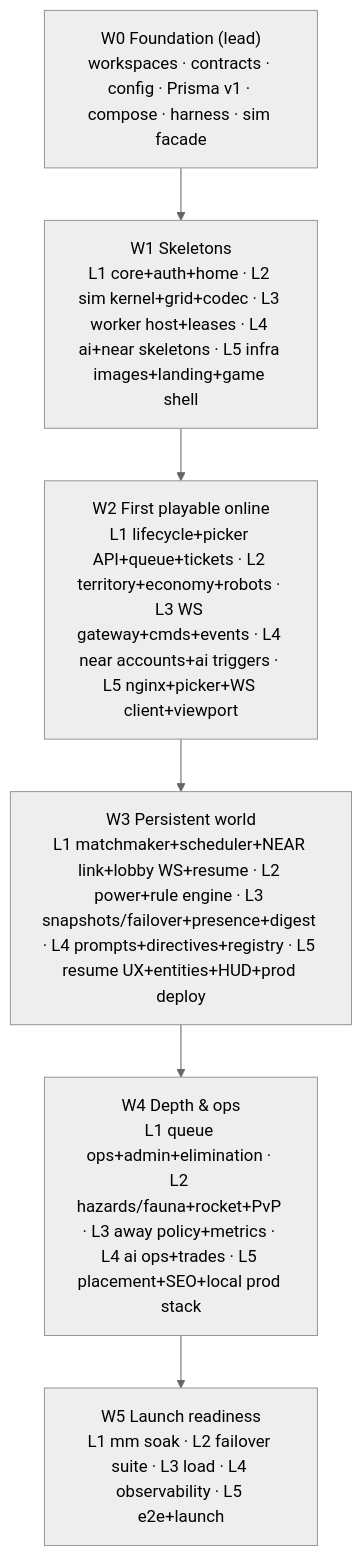
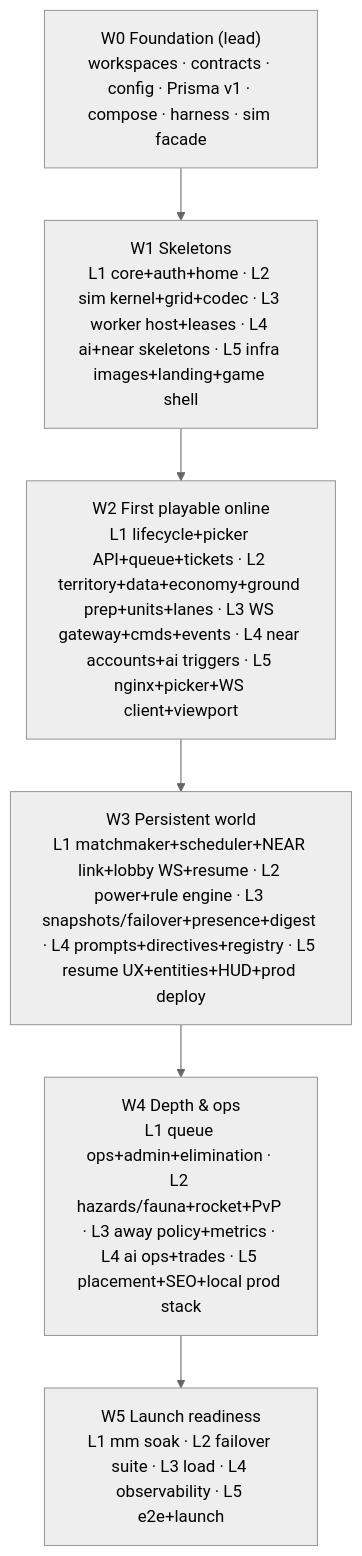
The diagram in docs/plan/EXECUTION_ORCHESTRATOR.md (recferret-bit/terraagent), drawn with Mermaid (neutral theme) before and after one commit. The commit also changed other lines of this file and 63 other files, not shown here.

````diff
--- a/docs/plan/EXECUTION_ORCHESTRATOR.md
+++ b/docs/plan/EXECUTION_ORCHESTRATOR.md
@@ -85,9 +96,9 @@
 ```mermaid
 flowchart TD
   W0["W0 Foundation (lead)<br/>workspaces · contracts · config · Prisma v1 · compose · harness · sim facade"] --> W1
   W1["W1 Skeletons<br/>L1 core+auth+home · L2 sim kernel+grid+codec · L3 worker host+leases · L4 ai+near skeletons · L5 infra images+landing+game shell"] --> W2
-  W2["W2 First playable online<br/>L1 lifecycle+picker API+queue+tickets · L2 territory+economy+robots · L3 WS gateway+cmds+events · L4 near accounts+ai triggers · L5 nginx+picker+WS client+viewport"] --> W3
+  W2["W2 First playable online<br/>L1 lifecycle+picker API+queue+tickets · L2 territory+data+economy+ground prep+units+lanes · L3 WS gateway+cmds+events · L4 near accounts+ai triggers · L5 nginx+picker+WS client+viewport"] --> W3
   W3["W3 Persistent world<br/>L1 matchmaker+scheduler+NEAR link+lobby WS+resume · L2 power+rule engine · L3 snapshots/failover+presence+digest · L4 prompts+directives+registry · L5 resume UX+entities+HUD+prod deploy"] --> W4
   W4["W4 Depth & ops<br/>L1 queue ops+admin+elimination · L2 hazards/fauna+rocket+PvP · L3 away policy+metrics · L4 ai ops+trades · L5 placement+SEO+local prod stack"] --> W5
   W5["W5 Launch readiness<br/>L1 mm soak · L2 failover suite · L3 load · L4 observability · L5 e2e+launch"]
 ```
````
